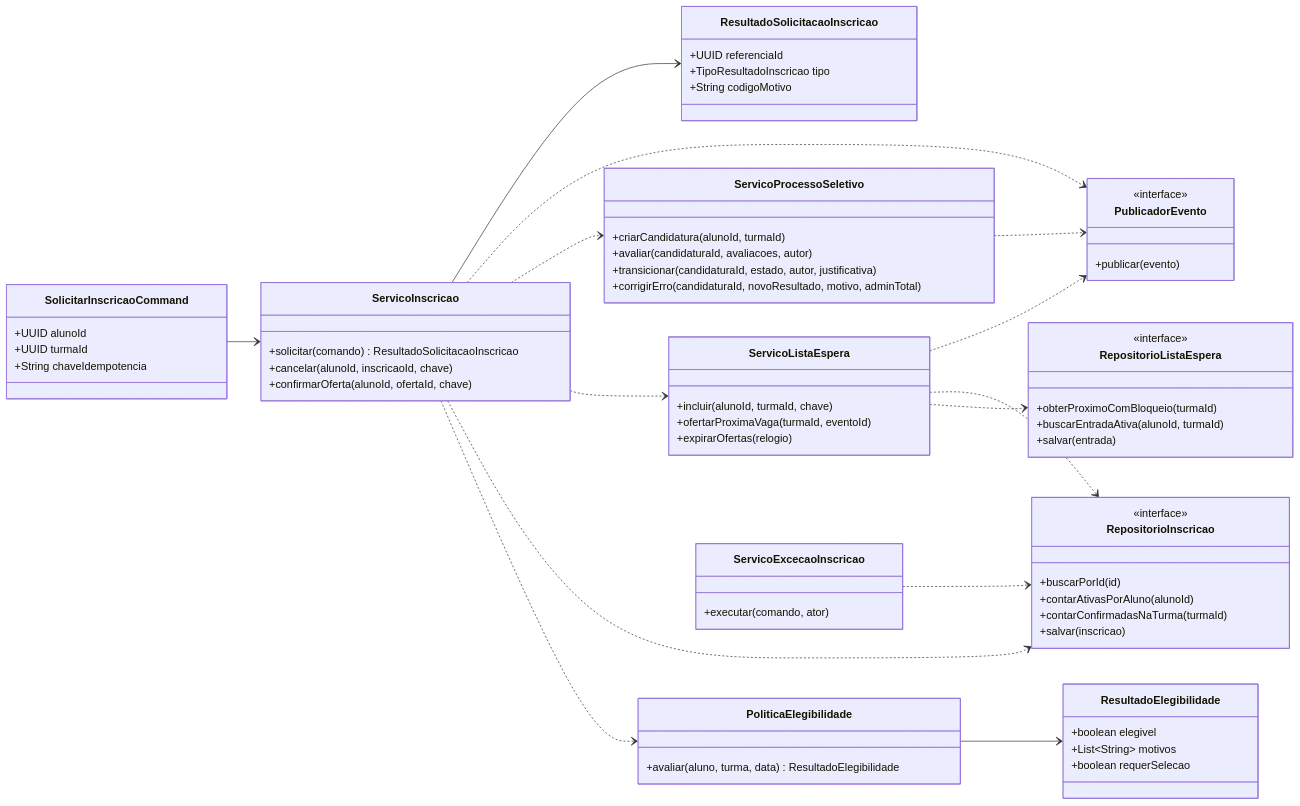
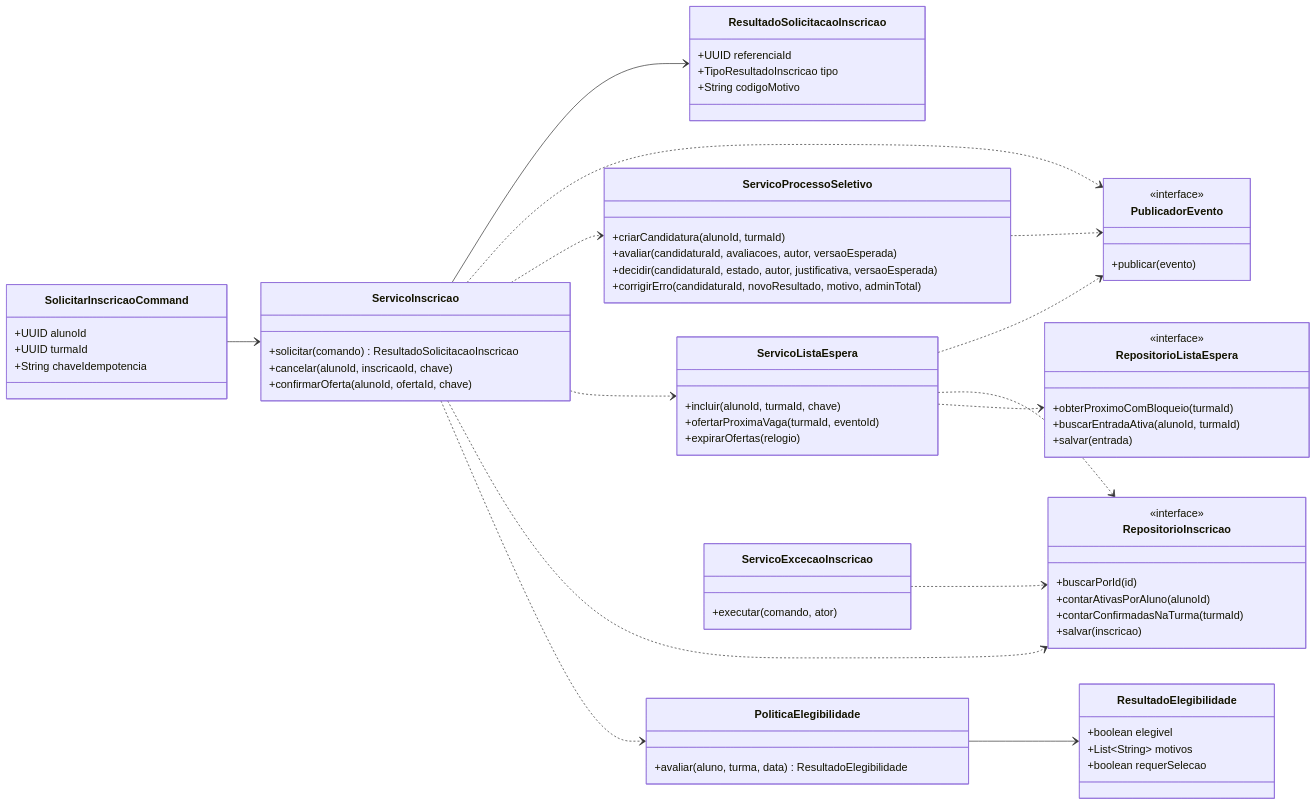
The fifth of 10 diagrams in docs/CLASSES_OU_COMPONENTES.md (HeitorLeite/SIDESP), drawn with Mermaid before and after one commit. The commit also changed other lines of this file and 8 other files, not shown here.

```diff
--- a/docs/CLASSES_OU_COMPONENTES.md
+++ b/docs/CLASSES_OU_COMPONENTES.md
@@ -742,8 +745,8 @@
 
     class ServicoProcessoSeletivo {
         +criarCandidatura(alunoId, turmaId)
-        +avaliar(candidaturaId, avaliacoes, autor)
-        +transicionar(candidaturaId, estado, autor, justificativa)
+        +avaliar(candidaturaId, avaliacoes, autor, versaoEsperada)
+        +decidir(candidaturaId, estado, autor, justificativa, versaoEsperada)
         +corrigirErro(candidaturaId, novoResultado, motivo, adminTotal)
     }
 
```
